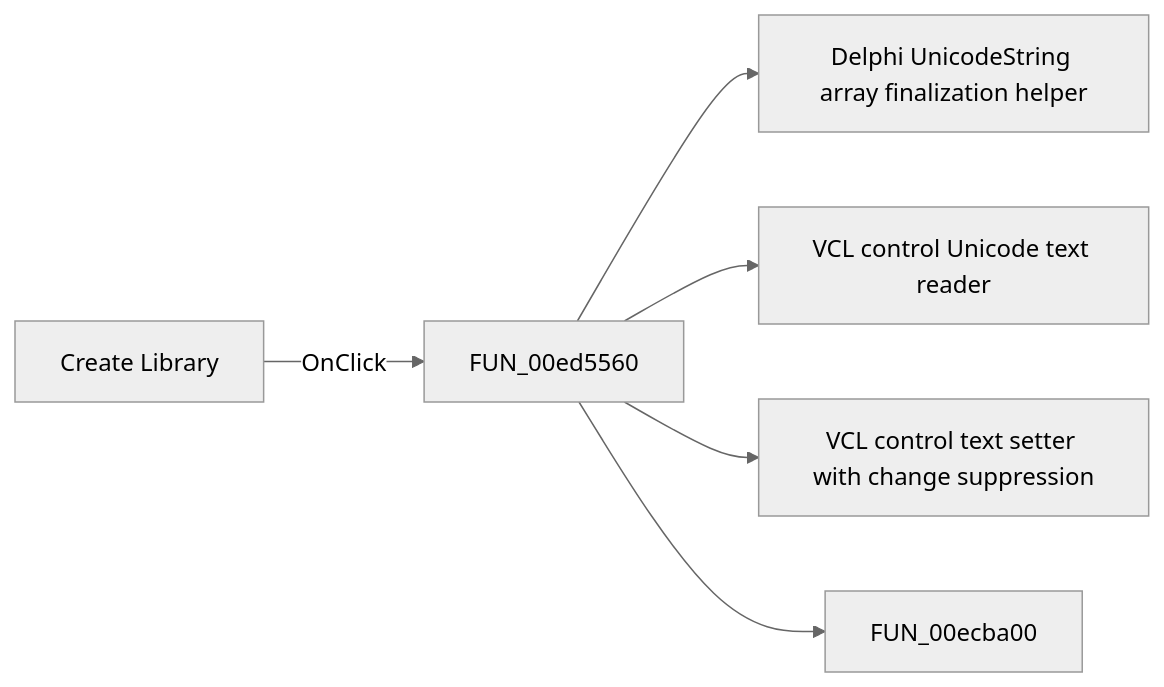
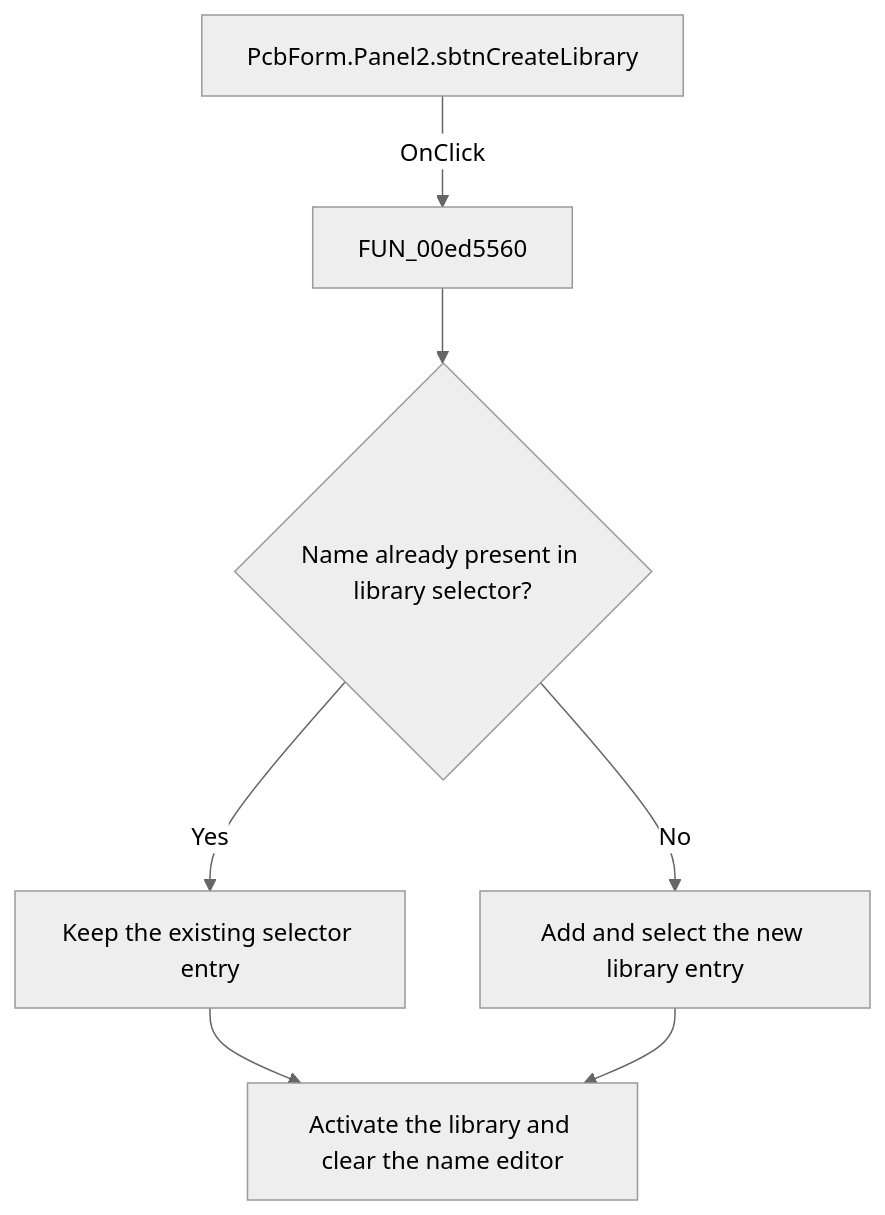
The diagram in docs/ui-controls/pcbform/sbtncreatelibrary-18dd0da7fe.md (MovGP0/TIARA), drawn with Mermaid (neutral theme) before and after one commit. The commit also changed other lines of this file and 1062 other files, not shown here.

````diff
--- a/docs/ui-controls/pcbform/sbtncreatelibrary-18dd0da7fe.md
+++ b/docs/ui-controls/pcbform/sbtncreatelibrary-18dd0da7fe.md
@@ -27,8 +29,9 @@
 ```mermaid
-flowchart LR
-    control["Create Library"] -->|OnClick| handler["FUN_00ed5560"]
-    handler --> call1["Delphi UnicodeString array finalization helper"]
-    handler --> call2["VCL control Unicode text reader"]
-    handler --> call3["VCL control text setter with change suppression"]
-    handler --> call4["FUN_00ecba00"]
+flowchart TD
+    control["PcbForm.Panel2.sbtnCreateLibrary"] -->|OnClick| handler["FUN_00ed5560"]
+    handler --> decision{"Name already present in library selector?"}
+    decision -->|Yes| action["Keep the existing selector entry"]
+    decision -->|No| noop["Add and select the new library entry"]
+    action --> outcome["Activate the library and clear the name editor"]
+    noop --> outcome
 ```
````
